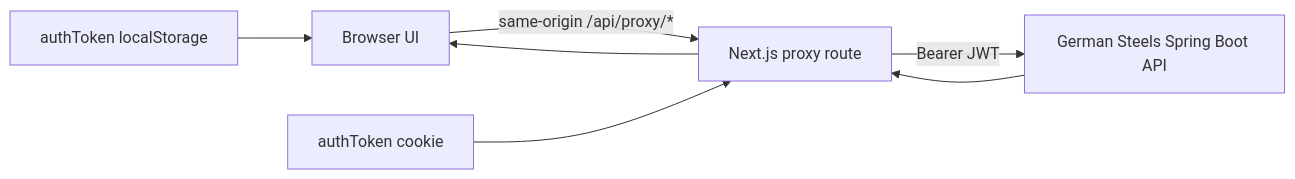
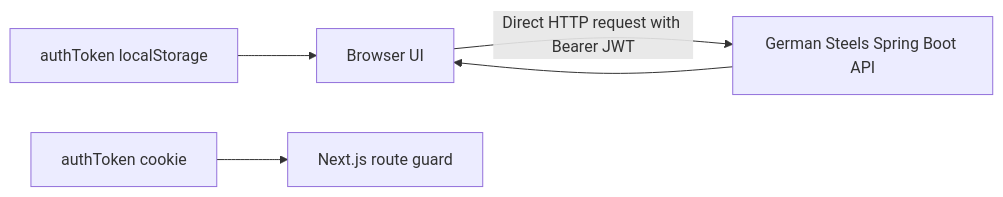
One commit to gupta1123/German-Steel changed the diagram in docs/architecture.md. Above: the diagram before and after it, drawn with Mermaid. The commit also changed other lines of this file and 34 other files, not shown here.

Commit message:
Call German Steels backend directly

````diff
--- a/docs/architecture.md
+++ b/docs/architecture.md
@@ -17,8 +17,7 @@
 ```mermaid
 flowchart LR
-  B[Browser UI] -->|same-origin /api/proxy/*| P[Next.js proxy route]
-  P -->|Bearer JWT| S[German Steels Spring Boot API]
-  S --> P --> B
-  C[authToken cookie] --> P
+  B[Browser UI] -->|Direct HTTP request with Bearer JWT| S[German Steels Spring Boot API]
+  S --> B
   L[authToken localStorage] --> B
+  C[authToken cookie] --> G[Next.js route guard]
 ```
````
